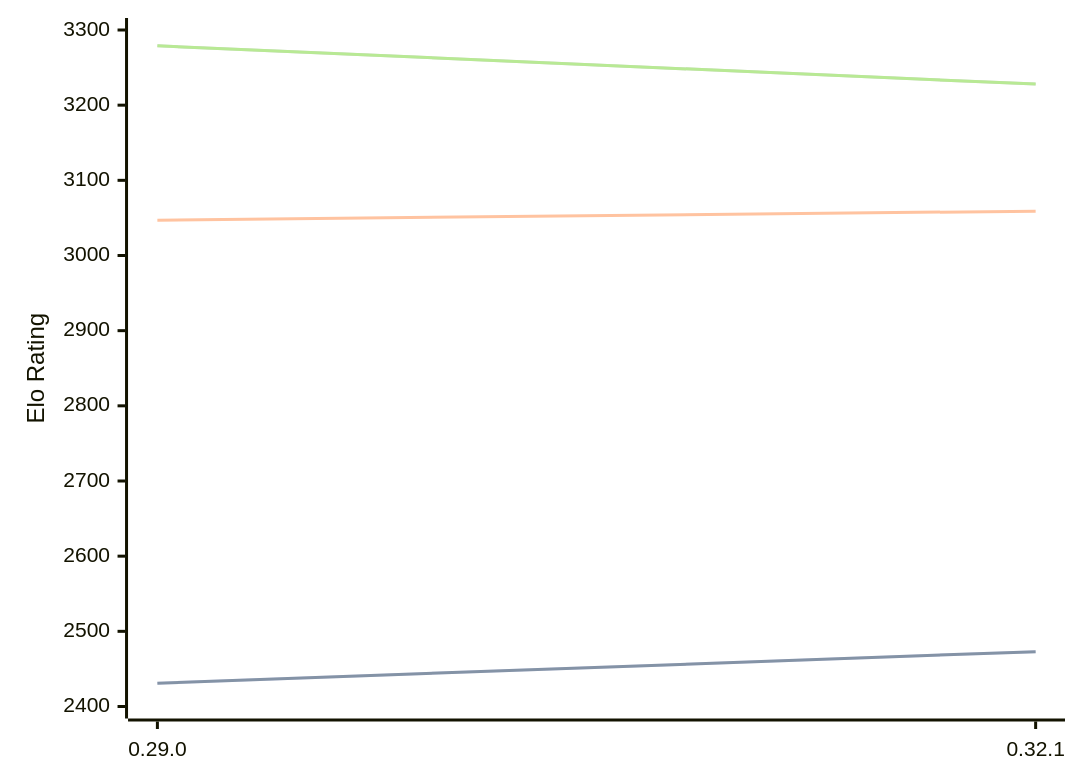
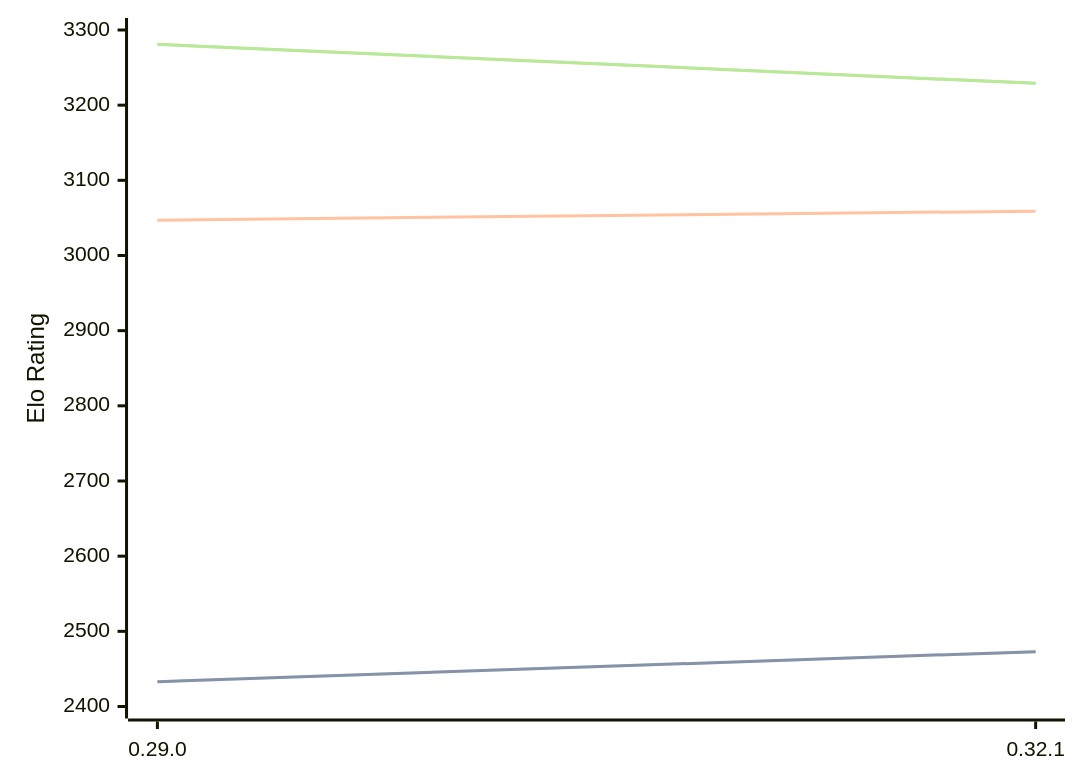
The diagram in engines/Lc0.md (computer-chess-index/cci), drawn with Mermaid before and after one commit. The commit also changed other lines of this file, not shown here.

Commit message:
Update CCI Ratings (ELO VLTC) - 2026-05-17

````diff
--- a/engines/Lc0.md
+++ b/engines/Lc0.md
@@ -68,11 +68,11 @@
 ```mermaid
 %%{init: {"theme":"base","themeVariables":{"seriesColors:['#a3a3a3','#222221','#faa371']}}}%%
 xychart-beta
   x-axis ["0.29.0", "0.32.1"]
   y-axis "Elo Rating" 2400 --> 3300
-  line "STC (8.0+0.08s)" [2431, 2473]
-  line "STC (8.0+0.08s)" [2431, 2473]
+  line "STC (8.0+0.08s)" [2433, 2473]
+  line "STC (8.0+0.08s)" [2433, 2473]
   line "LTC (60.0+0.60s)" [3047, 3059]
-  line "VLTC (2m24s+1.12s)" [3279, 3228]
-  line "VLTC (2m24s+1.12s)" [3279, 3228]
+  line "VLTC (2m24s+1.12s)" [3281, 3229]
+  line "VLTC (2m24s+1.12s)" [3281, 3229]
 ```
````
